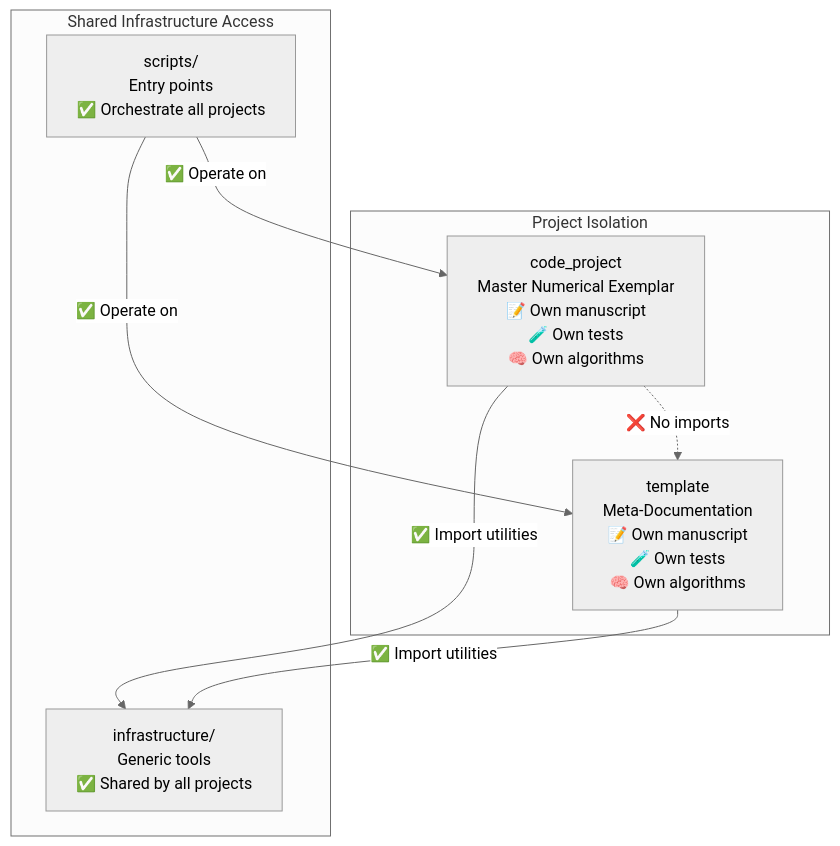
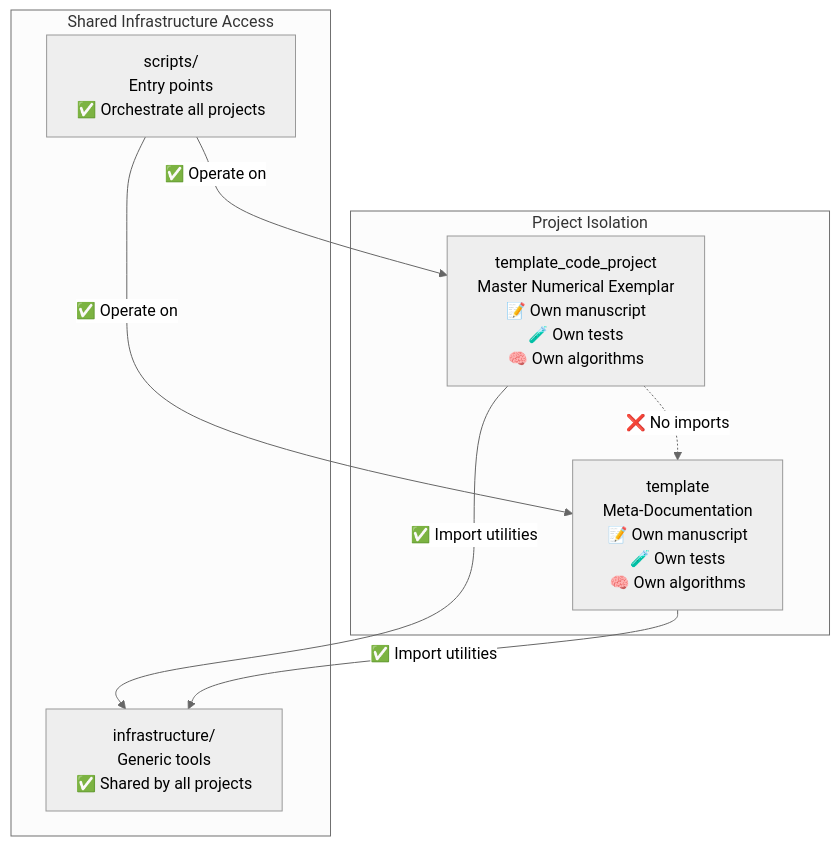
Before and after one commit to docxology/template: the first of 4 diagrams in projects/PROJECTS_PARADIGM.md, drawn with Mermaid (neutral theme). The commit also changed other lines of this file and 822 other files, not shown here.

First line of the commit message:
chore: sync template — docs, infrastructure, orchestration, search, prose, tests

````diff
--- a/projects/PROJECTS_PARADIGM.md
+++ b/projects/PROJECTS_PARADIGM.md
@@ -29,20 +29,20 @@
 ```mermaid
 graph TD
     subgraph "Project Isolation"
-        P1[code_project<br/>Master Numerical Exemplar<br/>📝 Own manuscript<br/>🧪 Own tests<br/>🧠 Own algorithms]
+        P1[template_code_project<br/>Master Numerical Exemplar<br/>📝 Own manuscript<br/>🧪 Own tests<br/>🧠 Own algorithms]
         P2[template<br/>Meta-Documentation<br/>📝 Own manuscript<br/>🧪 Own tests<br/>🧠 Own algorithms]
 
         P1 -.->|❌ No imports| P2
     end
 
     subgraph "Shared Infrastructure Access"
         INFRA[infrastructure/<br/>Generic tools<br/>✅ Shared by all projects]
         SCRIPTS[scripts/<br/>Entry points<br/>✅ Orchestrate all projects]
 
         P1 -->|✅ Import utilities| INFRA
         P2 -->|✅ Import utilities| INFRA
 
         SCRIPTS -->|✅ Operate on| P1
         SCRIPTS -->|✅ Operate on| P2
     end
 ```
````
